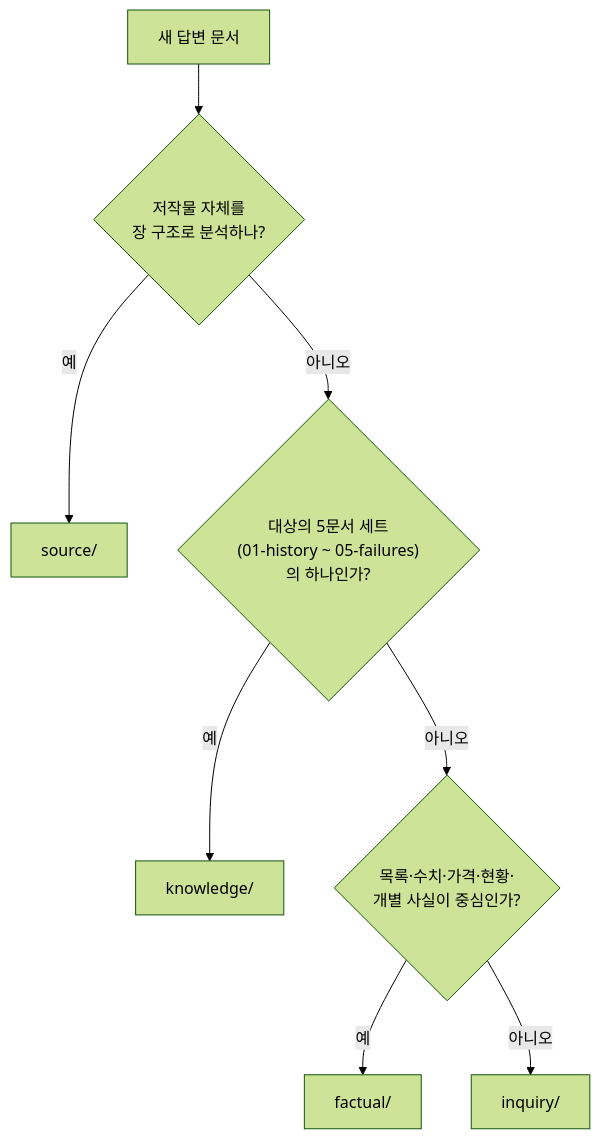
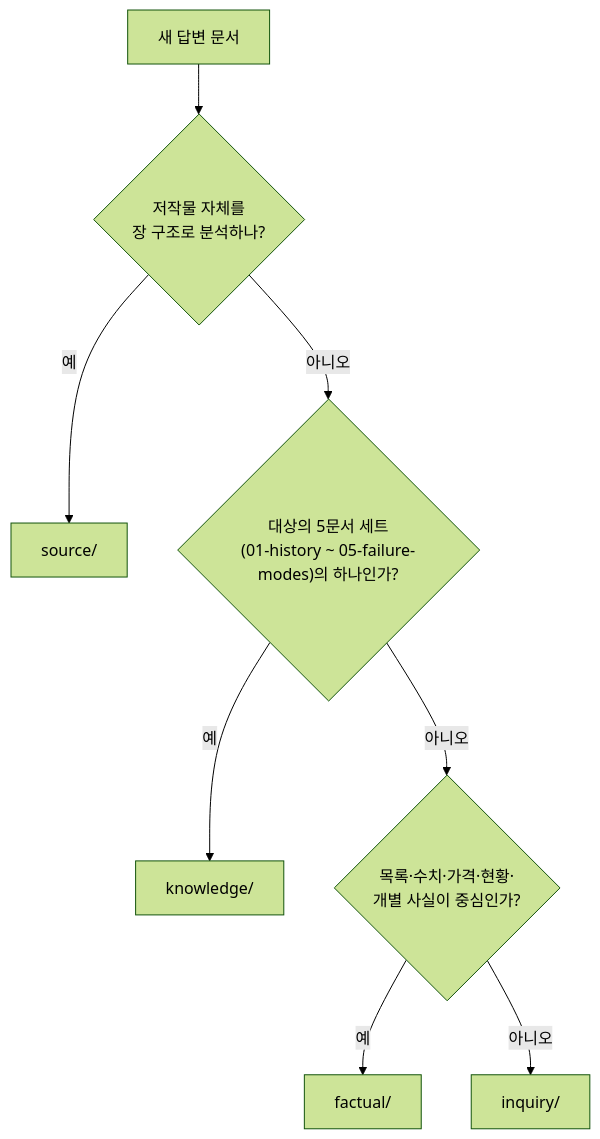
Before and after one commit to gunhaa/QnA: the second of 3 diagrams in ARCHITECTURE.md, drawn with Mermaid (forest theme). The commit also changed other lines of this file and 2 other files, not shown here.

Commit message:
docs: knowledge 05 문서를 05-failure-modes(장애 유형)로 바꾸고 장애 용어 정리

````diff
--- a/ARCHITECTURE.md
+++ b/ARCHITECTURE.md
@@ -71,10 +71,10 @@
 ```mermaid
 flowchart TD
     start["새 답변 문서"] --> src{"저작물 자체를<br/>장 구조로 분석하나?"}
     src -- 예 --> S["source/"]
-    src -- 아니오 --> know{"대상의 5문서 세트<br/>(01-history ~ 05-failures)의 하나인가?"}
+    src -- 아니오 --> know{"대상의 5문서 세트<br/>(01-history ~ 05-failure-modes)의 하나인가?"}
     know -- 예 --> K["knowledge/"]
     know -- 아니오 --> fact{"목록·수치·가격·현황·<br/>개별 사실이 중심인가?"}
     fact -- 예 --> F["factual/"]
     fact -- 아니오 --> Q["inquiry/"]
 ```
````
